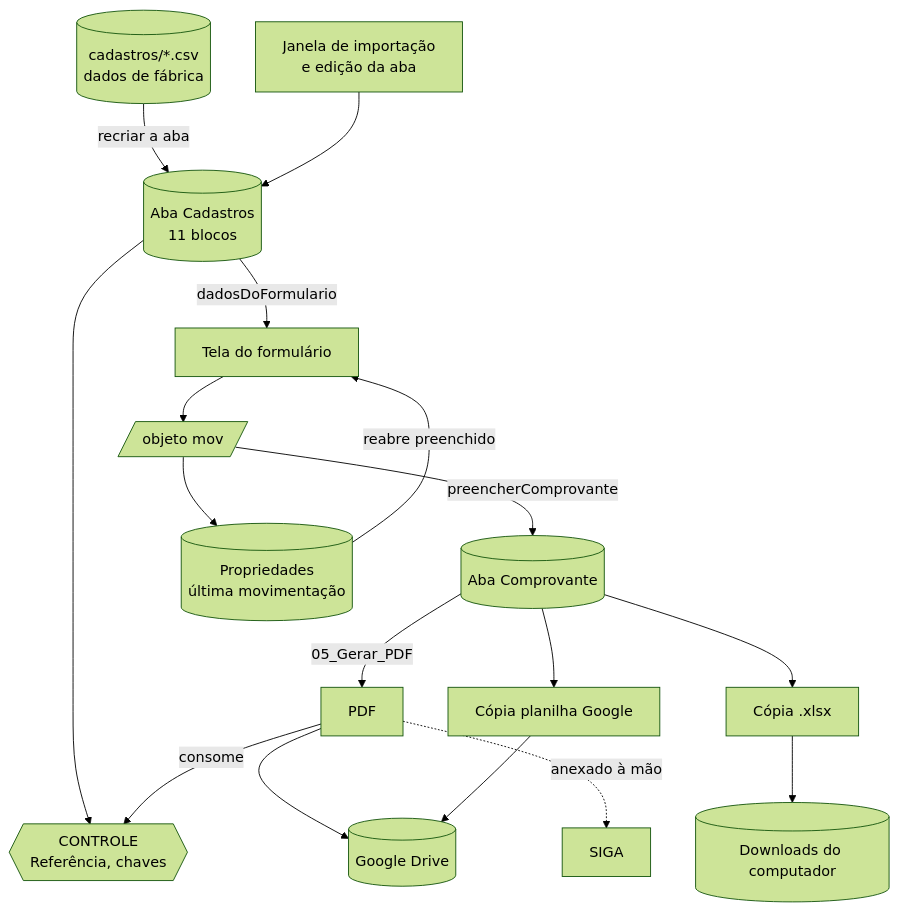
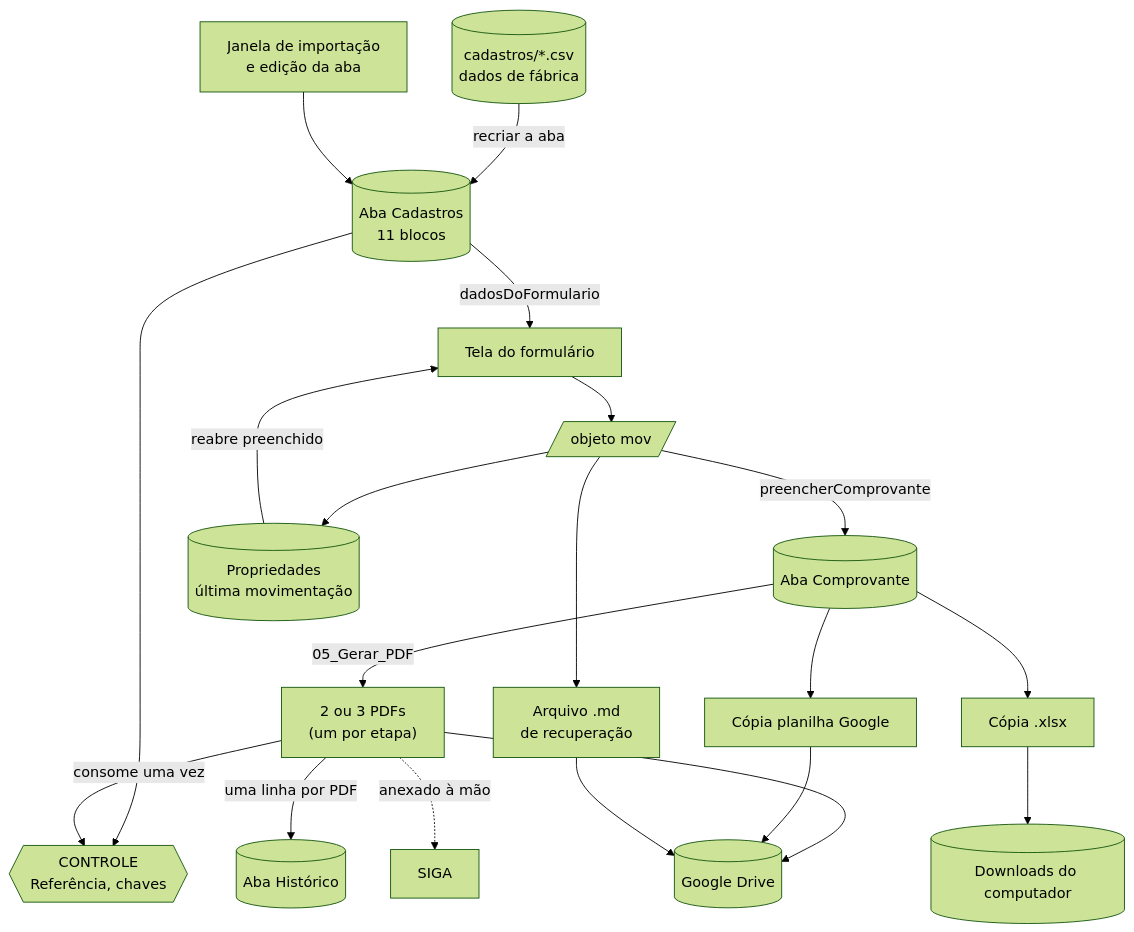
One commit to taynaves/gerador-cmi-tesouraria changed the fourth of 4 diagrams in docs/ARQUITETURA.md. Above: the diagram before and after it, drawn with Mermaid (forest theme). The commit also changed other lines of this file and 9 other files, not shown here.

````diff
--- a/docs/ARQUITETURA.md
+++ b/docs/ARQUITETURA.md
@@ -159,34 +170,39 @@
 ```mermaid
 flowchart TB
   csv[("cadastros/*.csv<br/>dados de fábrica")]
   imp["Janela de importação<br/>e edição da aba"]
   cad[("Aba Cadastros<br/>11 blocos")]
   ctrl{{"CONTROLE<br/>Referência, chaves"}}
   tela["Tela do formulário"]
   mov[/"objeto mov"/]
   comp[("Aba Comprovante")]
   props[("Propriedades<br/>última movimentação")]
-  pdf["PDF"]
+  pdf["2 ou 3 PDFs<br/>(um por etapa)"]
+  md["Arquivo .md<br/>de recuperação"]
+  hist[("Aba Histórico")]
   xlsx["Cópia .xlsx"]
   gsh["Cópia planilha Google"]
   drive[("Google Drive")]
   pc[("Downloads do computador")]
   siga["SIGA"]
 
   csv -->|"recriar a aba"| cad
   imp --> cad
   cad --> ctrl
   cad -->|"dadosDoFormulario"| tela
   props -->|"reabre preenchido"| tela
   tela --> mov
   mov -->|"preencherComprovante"| comp
   mov --> props
   comp -->|"05_Gerar_PDF"| pdf
   comp --> xlsx
   comp --> gsh
   pdf --> drive
   gsh --> drive
   xlsx --> pc
-  pdf -->|"consome"| ctrl
+  pdf -->|"consome uma vez"| ctrl
+  mov --> md
+  md --> drive
+  pdf -->|"uma linha por PDF"| hist
   pdf -.->|"anexado à mão"| siga
 ```
````
